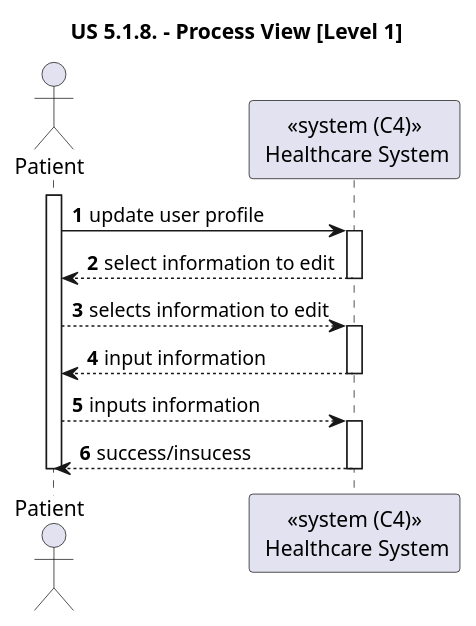
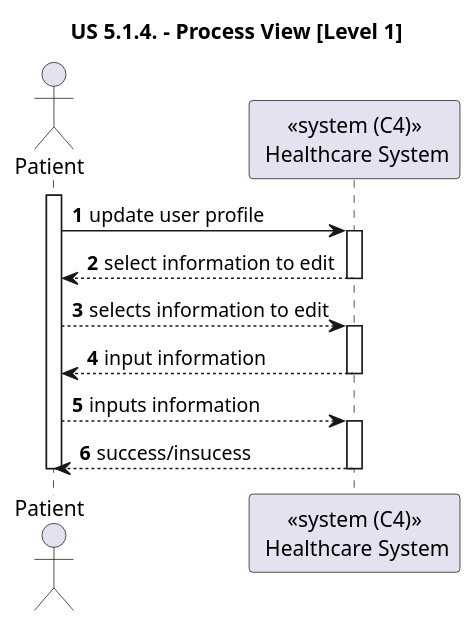
The diagram in docs/sprint-1/1220841/us-5.1.4/diagrams/level-1-process-view.puml (rita-barbosa/LAPR5-2425), drawn with PlantUML before and after one commit. The commit also changed 15 other files, not shown here.

```diff
--- a/docs/sprint-1/1220841/us-5.1.4/diagrams/level-1-process-view.puml
+++ b/docs/sprint-1/1220841/us-5.1.4/diagrams/level-1-process-view.puml
@@ -1,30 +1,30 @@
 @startuml
 
-title "US 5.1.8. - Process View [Level 1]"
+title "US 5.1.4. - Process View [Level 1]"
 
 autonumber
 
 actor Patient as ADM
 participant "<<system (C4)>>\n Healthcare System" as SYS
 
 activate ADM
 ADM -> SYS : update user profile
 activate SYS
 
 SYS --> ADM : select information to edit
 deactivate SYS
 
 ADM --> SYS : selects information to edit
 activate SYS
 
 SYS --> ADM : input information
 deactivate SYS
 
 ADM --> SYS : inputs information
 activate SYS
 
 SYS --> ADM : success/insucess
 deactivate SYS
 deactivate ADM
 
 @enduml
```
